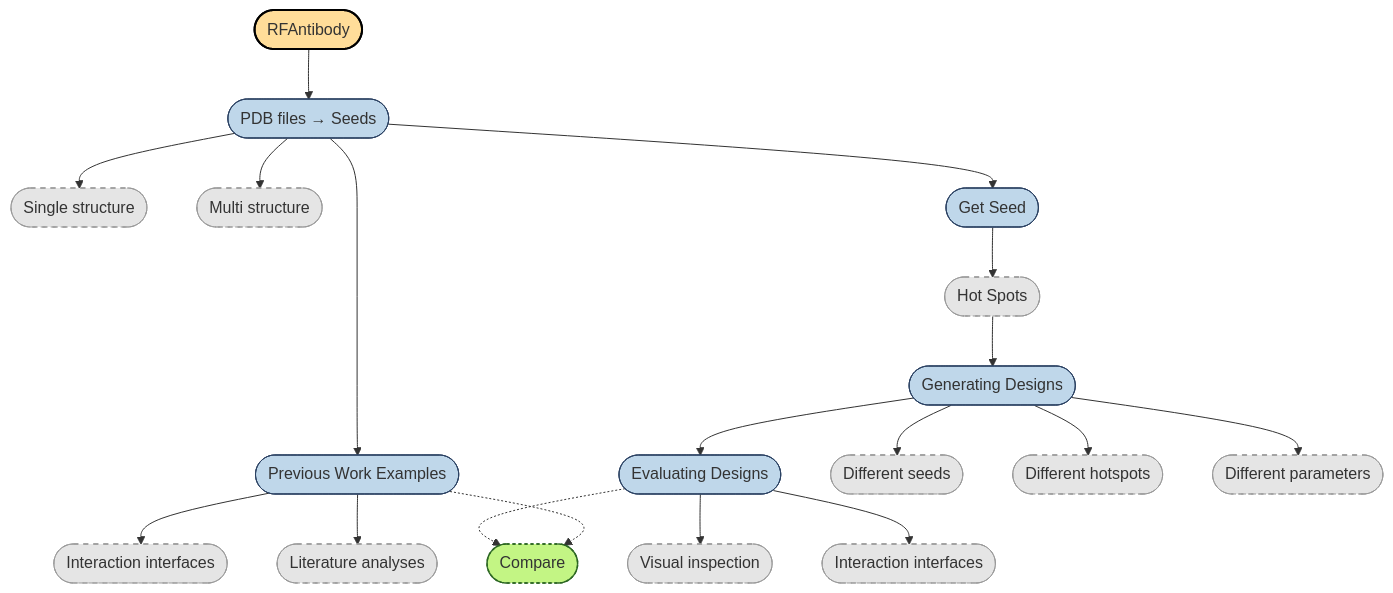
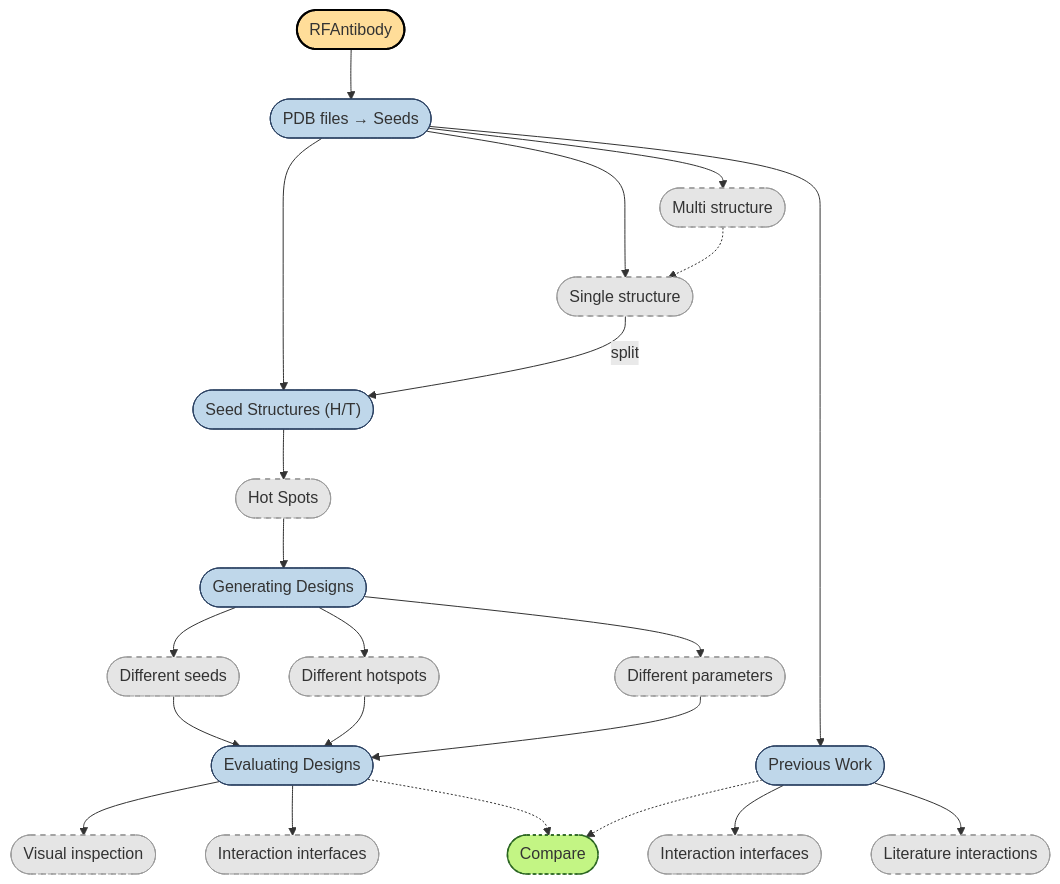
The diagram in RFAntibody-ToDo.md (AntibodyEngineers/2025-Antibodies-and-AI), drawn with Mermaid before and after one commit.

````diff
--- a/RFAntibody-ToDo.md
+++ b/RFAntibody-ToDo.md
@@ -7,64 +7,70 @@
 ```mermaid
 flowchart TB
     %% Root Node
     RFAntibody(["RFAntibody"])
     classDef rootStyle fill:#FFDD99,stroke:#000,stroke-width:2px;
 
     %% Level 1
     PDBSeeds(["PDB files → Seeds"])
     GenDesigns(["Generating Designs"])
     classDef mainStyle fill:#BFD7EA,stroke:#2B4162,stroke-width:1px;
 
     %% Level 2
     Single(["Single structure"])
     Multi(["Multi structure"])
-    PrevWork(["Previous Work Examples"])
-    GetSeed(["Get Seed"])
+    PrevWork(["Previous Work"])
+    GetSeed(["Seed Structures (H/T)"])
     HotSpots(["Hot Spots"])
     EvalDesigns(["Evaluating Designs"])
     classDef subStyle fill:#E5E5E5,stroke:#999,stroke-dasharray: 5 5;
 
     %% Level 3
     Interfaces(["Interaction interfaces"])
-    Literature(["Literature analyses"])
+    Literature(["Literature interactions"])
 
     %% Level 4
     DiffSeeds(["Different seeds"])
     DiffHotspots(["Different hotspots"])
     DiffParams(["Different parameters"])
     
     %% Level 5
     VisInspect(["Visual inspection"])
     IntInterfaces(["Interaction interfaces"])
 
     %% Side Node
     Compare(["Compare"])
     classDef sideStyle fill:#C3F584,stroke:#2B6622,stroke-width:1.5px,stroke-dasharray: 3 3;
 
     %% Connections
     RFAntibody --> PDBSeeds
     PDBSeeds --> Single
     PDBSeeds --> Multi
+    Multi -.-> Single
     PDBSeeds --> PrevWork
     PDBSeeds --> GetSeed
     PrevWork --> Interfaces
     PrevWork --> Literature
     GetSeed --> HotSpots
     HotSpots --> GenDesigns
     GenDesigns --> DiffSeeds
     GenDesigns --> DiffHotspots
     GenDesigns --> DiffParams
-    GenDesigns --> EvalDesigns
+    DiffSeeds --> EvalDesigns
+    DiffHotspots --> EvalDesigns
+    DiffParams --> EvalDesigns
     EvalDesigns --> VisInspect
     EvalDesigns --> IntInterfaces
+
+    %% Labeled Edge
+    Single --split--> GetSeed
 
     %% Side Connections
     EvalDesigns -.-> Compare
     PrevWork -.-> Compare
 
     %% Apply Classes
     class RFAntibody rootStyle;
     class PDBSeeds,PrevWork,GenDesigns,GetSeed,EvalDesigns mainStyle;
     class Single,Multi,HotSpots,Interfaces,Literature,DiffSeeds,DiffHotspots,DiffParams,VisInspect,IntInterfaces subStyle;
     class Compare sideStyle;
 ```
````
